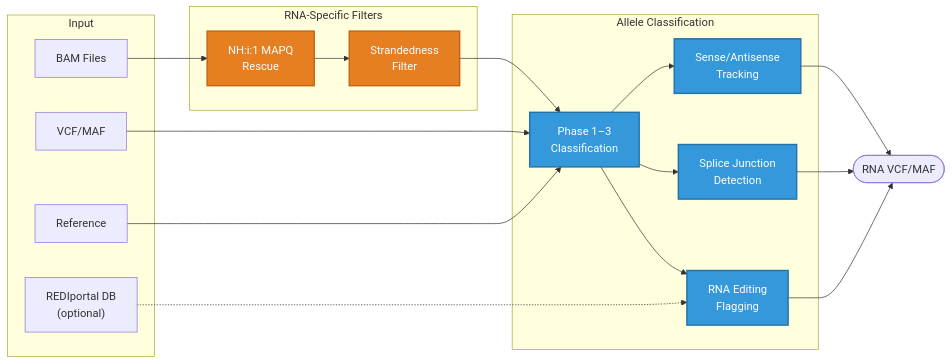
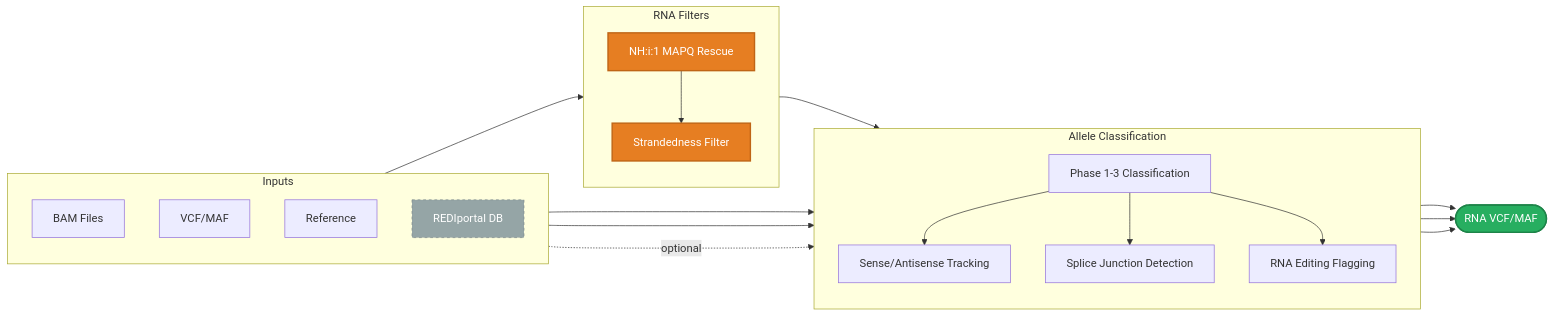
Before and after one commit to msk-access/gbcms: the first of 3 diagrams in docs/cli/rna.md, drawn with Mermaid. The commit also changed other lines of this file and 9 other files, not shown here.

````diff
--- a/docs/cli/rna.md
+++ b/docs/cli/rna.md
@@ -25,37 +25,40 @@
 ```mermaid
 flowchart LR
-    subgraph Input
-        BAM[BAM Files]
-        VCF[VCF/MAF]
-        FASTA[Reference]
-        DB["REDIportal DB\n(optional)"]
+    subgraph Inputs ["Inputs"]
+        direction TB
+        BAM["BAM Files"]
+        VCF["VCF/MAF"]
+        FASTA["Reference"]
+        DB["REDIportal DB"]:::optional
     end
 
-    subgraph Filters [RNA-Specific Filters]
-        NH["NH:i:1 MAPQ\nRescue"]
-        Strand["Strandedness\nFilter"]
+    subgraph Filters ["RNA Filters"]
+        direction TB
+        NH["NH:i:1 MAPQ Rescue"]:::filter
+        Strand["Strandedness Filter"]:::filter
     end
 
-    subgraph Counting [Allele Classification]
-        Classify["Phase 1–3\nClassification"]
-        Sense["Sense/Antisense\nTracking"]
-        Splice["Splice Junction\nDetection"]
-        Edit["RNA Editing\nFlagging"]
+    subgraph Counting ["Allele Classification"]
+        direction TB
+        Classify["Phase 1-3 Classification"]
+        Sense["Sense/Antisense Tracking"]
+        Splice["Splice Junction Detection"]
+        Edit["RNA Editing Flagging"]
     end
 
     BAM --> NH --> Strand --> Classify
     VCF --> Classify
     FASTA --> Classify
     Classify --> Sense
     Classify --> Splice
-    DB -.-> Edit
     Classify --> Edit
-    Sense --> Output([RNA VCF/MAF])
-    Splice --> Output
-    Edit --> Output
+    DB -.->|"optional"| Edit
+    Sense --> Out(["RNA VCF/MAF"]):::pass
+    Splice --> Out
+    Edit --> Out
 
     classDef filter fill:#e67e22,color:#fff,stroke:#bf6516,stroke-width:2px;
-    classDef count fill:#3498db,color:#fff,stroke:#2471a3,stroke-width:2px;
+    classDef optional fill:#95a5a6,color:#fff,stroke:#7f8c8d,stroke-width:1px,stroke-dasharray:4;
+    classDef pass fill:#27ae60,color:#fff,stroke:#1e8449,stroke-width:2px;
     class NH,Strand filter;
-    class Classify,Sense,Splice,Edit count;
 ```
````
